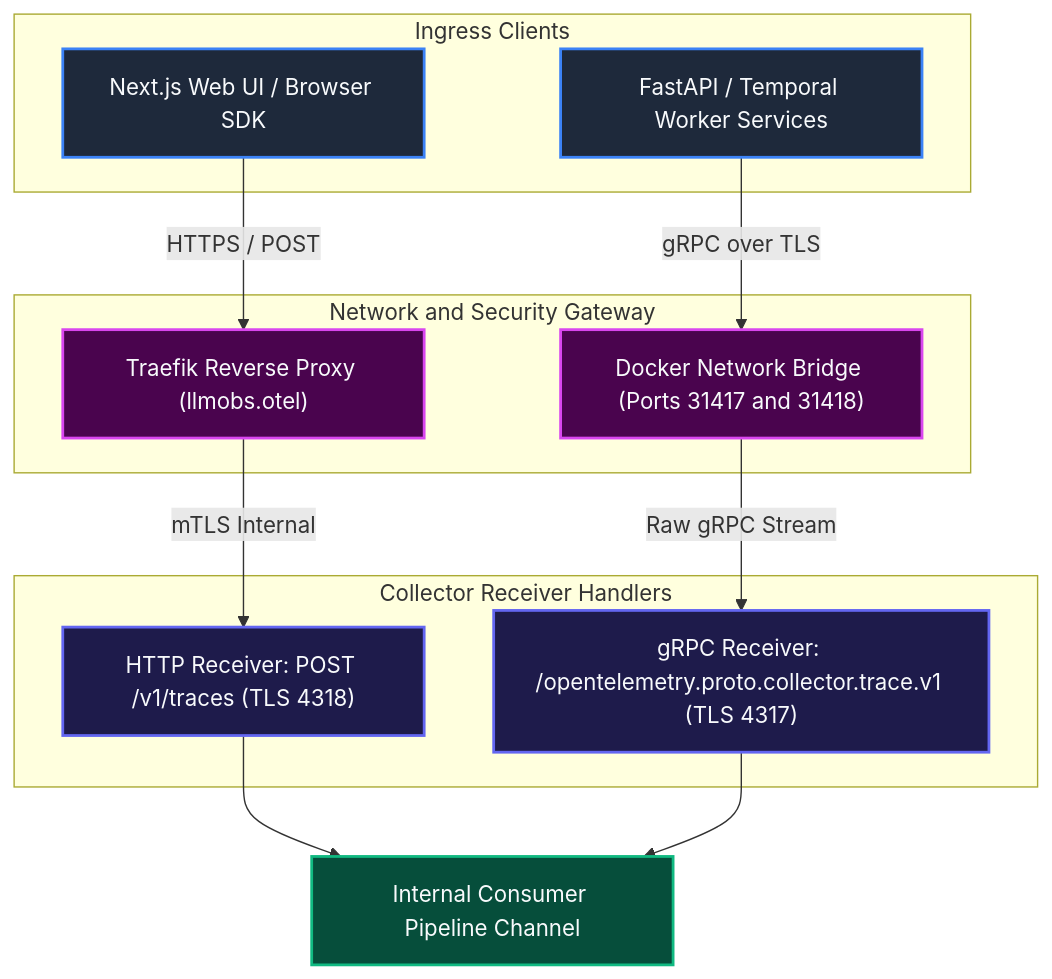
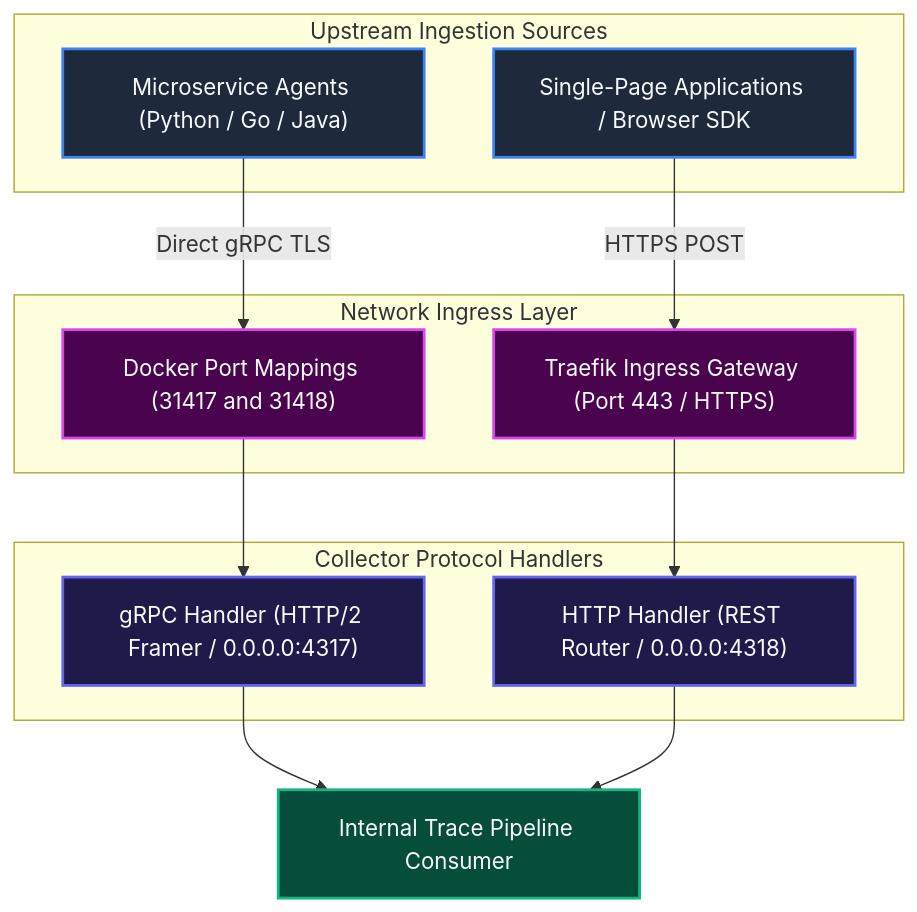
One commit to Chief-Strategist-J/llm-obs-infra changed the third of 22 diagrams in docs/configDoc/otel-collector-configuration-guide.md. Above: the diagram before and after it, drawn with Mermaid. The commit also changed other lines of this file, not shown here.

First line of the commit message:
docs(otel-collector): complete all 40 parameters and add HLD/LLD designs across every section

````diff
--- a/docs/configDoc/otel-collector-configuration-guide.md
+++ b/docs/configDoc/otel-collector-configuration-guide.md
@@ -438,34 +665,34 @@
 ```mermaid
 graph TD
-    subgraph ExternalClients ["Ingress Clients"]
-        BrowserApp["Next.js Web UI / Browser SDK"]
-        BackendWorker["FastAPI / Temporal Worker Services"]
+    subgraph ClientCallers ["Upstream Ingestion Sources"]
+        GRPCClient["Microservice Agents (Python / Go / Java)"]
+        BrowserClient["Single-Page Applications / Browser SDK"]
     end
 
-    subgraph SecurityBoundary ["Network and Security Gateway"]
-        TraefikRouter["Traefik Reverse Proxy (llmobs.otel)"]
-        DirectBridge["Docker Network Bridge (Ports 31417 and 31418)"]
+    subgraph SecurityBoundary ["Network Ingress Layer"]
+        TraefikProxy["Traefik Ingress Gateway (Port 443 / HTTPS)"]
+        DirectPortBridge["Docker Port Mappings (31417 and 31418)"]
     end
 
-    subgraph OTLPReceivers ["Collector Receiver Handlers"]
-        HTTPHandler["HTTP Receiver: POST /v1/traces (TLS 4318)"]
-        GRPCHandler["gRPC Receiver: /opentelemetry.proto.collector.trace.v1 (TLS 4317)"]
+    subgraph ProtocolHandlers ["Collector Protocol Handlers"]
+        GRPCHandler["gRPC Handler (HTTP/2 Framer / 0.0.0.0:4317)"]
+        HTTPHandler["HTTP Handler (REST Router / 0.0.0.0:4318)"]
     end
 
-    BrowserApp -->|HTTPS / POST| TraefikRouter
-    BackendWorker -->|gRPC over TLS| DirectBridge
+    GRPCClient -->|Direct gRPC TLS| DirectPortBridge
+    BrowserClient -->|HTTPS POST| TraefikProxy
 
-    TraefikRouter -->|mTLS Internal| HTTPHandler
-    DirectBridge -->|Raw gRPC Stream| GRPCHandler
+    DirectPortBridge --> GRPCHandler
+    TraefikProxy --> HTTPHandler
 
-    HTTPHandler --> SharedBuffer["Internal Consumer Pipeline Channel"]
-    GRPCHandler --> SharedBuffer
+    GRPCHandler --> TracePipeline["Internal Trace Pipeline Consumer"]
+    HTTPHandler --> TracePipeline
 
-    style BrowserApp fill:#1e293b,stroke:#3b82f6,stroke-width:2px,color:#f8fafc
-    style BackendWorker fill:#1e293b,stroke:#3b82f6,stroke-width:2px,color:#f8fafc
-    style TraefikRouter fill:#4a044e,stroke:#d946ef,stroke-width:2px,color:#f8fafc
-    style DirectBridge fill:#4a044e,stroke:#d946ef,stroke-width:2px,color:#f8fafc
+    style GRPCClient fill:#1e293b,stroke:#3b82f6,stroke-width:2px,color:#f8fafc
+    style BrowserClient fill:#1e293b,stroke:#3b82f6,stroke-width:2px,color:#f8fafc
+    style TraefikProxy fill:#4a044e,stroke:#d946ef,stroke-width:2px,color:#f8fafc
+    style DirectPortBridge fill:#4a044e,stroke:#d946ef,stroke-width:2px,color:#f8fafc
+    style GRPCHandler fill:#1e1b4b,stroke:#6366f1,stroke-width:2px,color:#f8fafc
     style HTTPHandler fill:#1e1b4b,stroke:#6366f1,stroke-width:2px,color:#f8fafc
-    style GRPCHandler fill:#1e1b4b,stroke:#6366f1,stroke-width:2px,color:#f8fafc
-    style SharedBuffer fill:#064e3b,stroke:#10b981,stroke-width:2px,color:#f8fafc
+    style TracePipeline fill:#064e3b,stroke:#10b981,stroke-width:2px,color:#f8fafc
 ```
````
